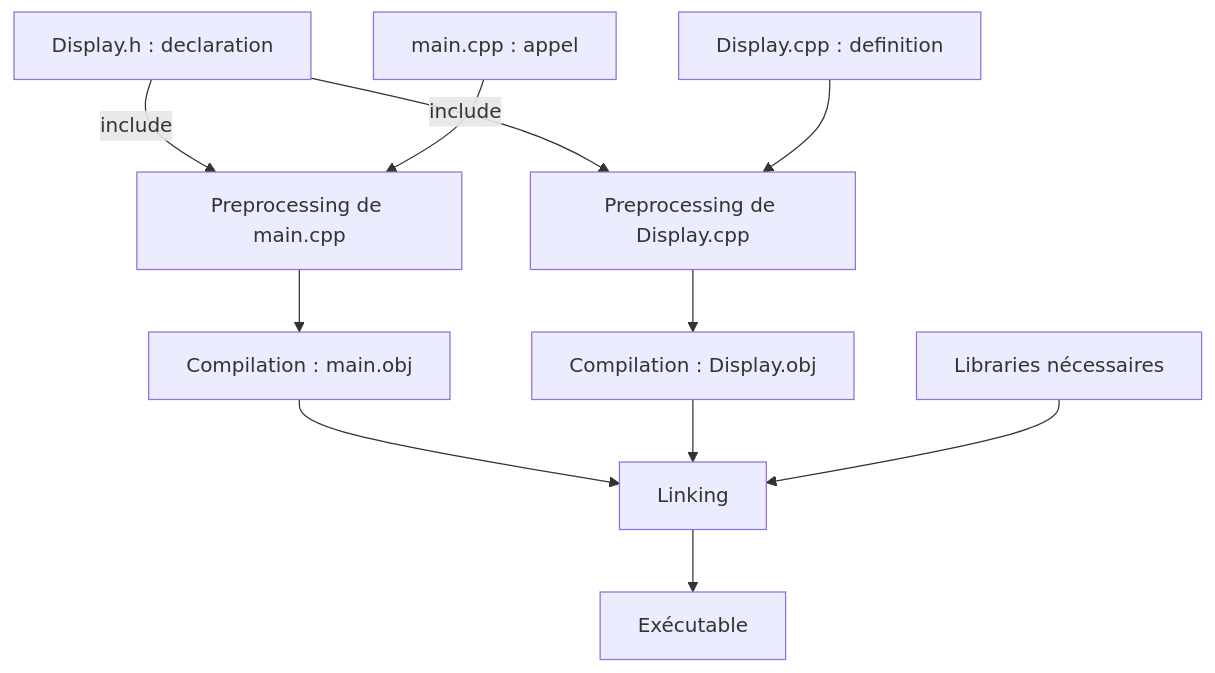
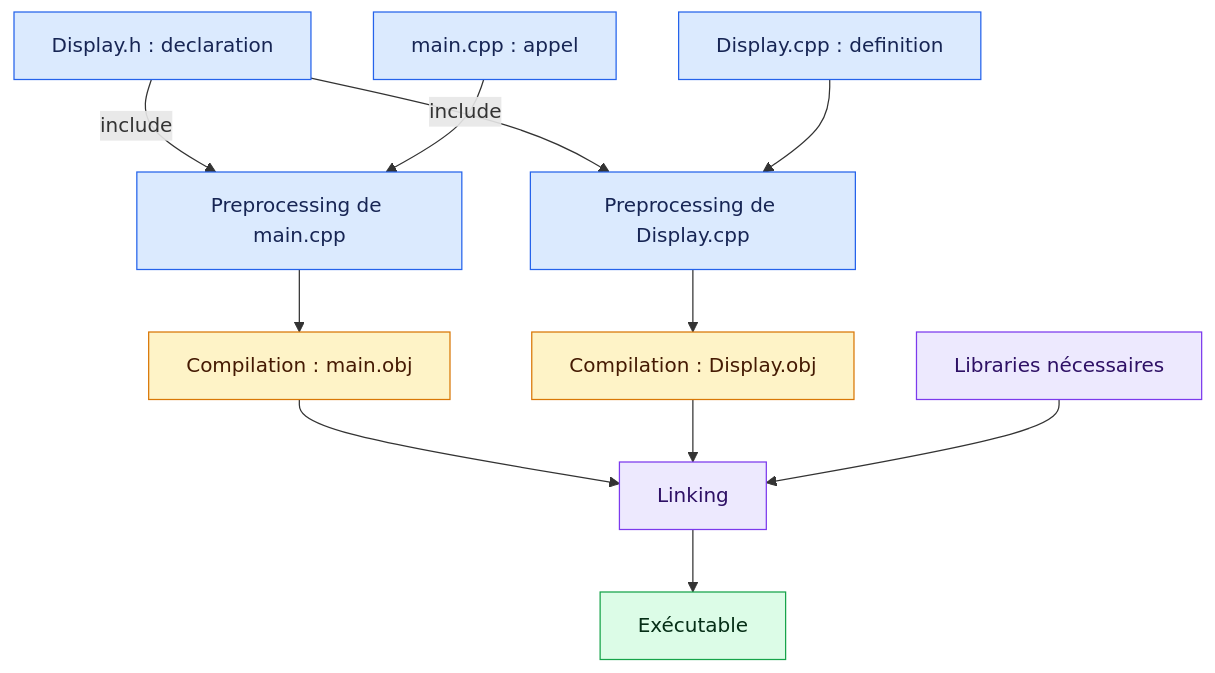
One commit to GamingCampus-MillieBourgois-26-27/gtech2_revisions changed the diagram in 01_Functions_Files_Compiler.md. Above: the diagram before and after it, drawn with Mermaid. The commit also changed other lines of this file and 3 other files, not shown here.

````diff
--- a/01_Functions_Files_Compiler.md
+++ b/01_Functions_Files_Compiler.md
@@ -307,16 +313,25 @@
 ```mermaid
 flowchart TD
     H["Display.h : declaration"] -->|include| PM["Preprocessing de main.cpp"]
     H -->|include| PD["Preprocessing de Display.cpp"]
     M["main.cpp : appel"] --> PM
     D["Display.cpp : definition"] --> PD
 
     PM --> OM["Compilation : main.obj"]
     PD --> OD["Compilation : Display.obj"]
 
     OM --> L["Linking"]
     OD --> L
     B["Libraries nécessaires"] --> L
 
     L --> E["Exécutable"]
+
+    classDef sources fill:#dbeafe,stroke:#2563eb,color:#172554
+    classDef objects fill:#fef3c7,stroke:#d97706,color:#451a03
+    classDef linking fill:#ede9fe,stroke:#7c3aed,color:#2e1065
+    classDef result fill:#dcfce7,stroke:#16a34a,color:#052e16
+    class H,M,D,PM,PD sources
+    class OM,OD objects
+    class L,B linking
+    class E result
 ```
````
